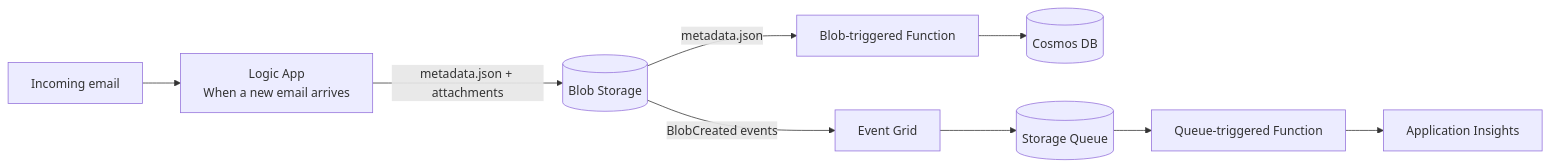
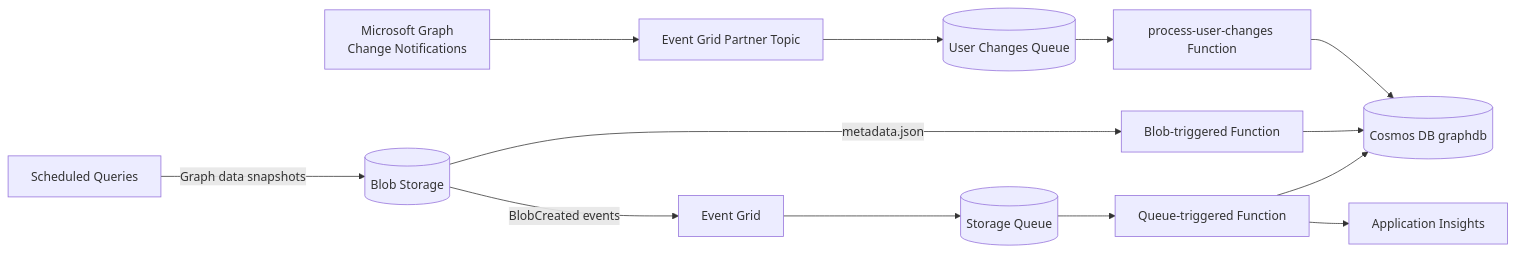
One commit to abossard/fun-with-function changed the diagram in README.md. Above: the diagram before and after it, drawn with Mermaid. The commit also changed other lines of this file and 2 other files, not shown here.

Commit message:
Update documentation to Microsoft Graph showcase theme

````diff
--- a/README.md
+++ b/README.md
@@ -27,11 +29,16 @@
 ```mermaid
 flowchart LR
-	Email[Incoming email] --> LogicApp[Logic App<br/>When a new email arrives]
-	LogicApp -->|metadata.json + attachments| Blob[(Blob Storage)]
+	Graph[Microsoft Graph<br/>Change Notifications] --> PartnerTopic[Event Grid Partner Topic]
+	PartnerTopic --> UserQueue[(User Changes Queue)]
+	UserQueue --> UserChangesFn[process-user-changes Function]
+	UserChangesFn --> Cosmos[(Cosmos DB graphdb)]
+	
+	Schedule[Scheduled Queries] -->|Graph data snapshots| Blob[(Blob Storage)]
 	Blob -->|metadata.json| BlobTrigger[Blob-triggered Function]
-	BlobTrigger --> Cosmos[(Cosmos DB)]
+	BlobTrigger --> Cosmos
 	Blob -->|BlobCreated events| EventGrid[Event Grid]
 	EventGrid --> Queue[(Storage Queue)]
-	Queue --> AttachmentFn[Queue-triggered Function]
-	AttachmentFn --> Logs[Application Insights]
+	Queue --> DataFn[Queue-triggered Function]
+	DataFn --> Cosmos
+	DataFn --> Logs[Application Insights]
 ```
````
